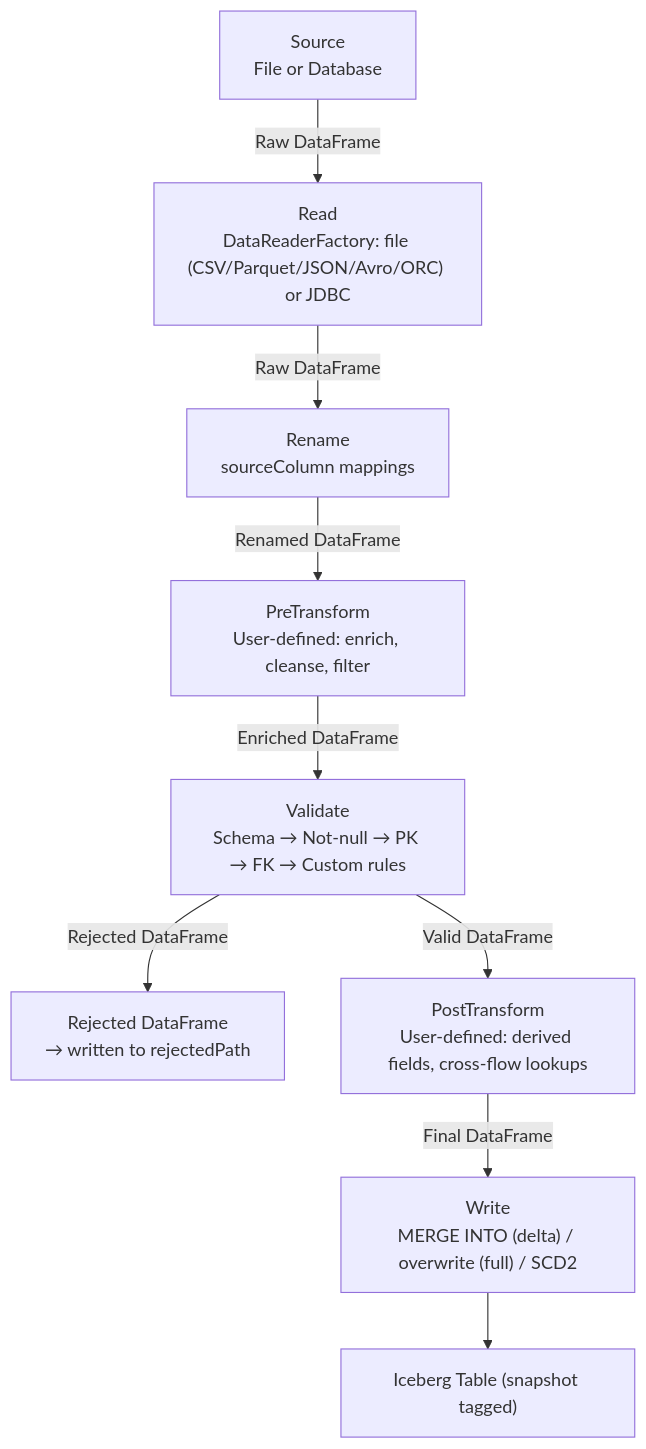
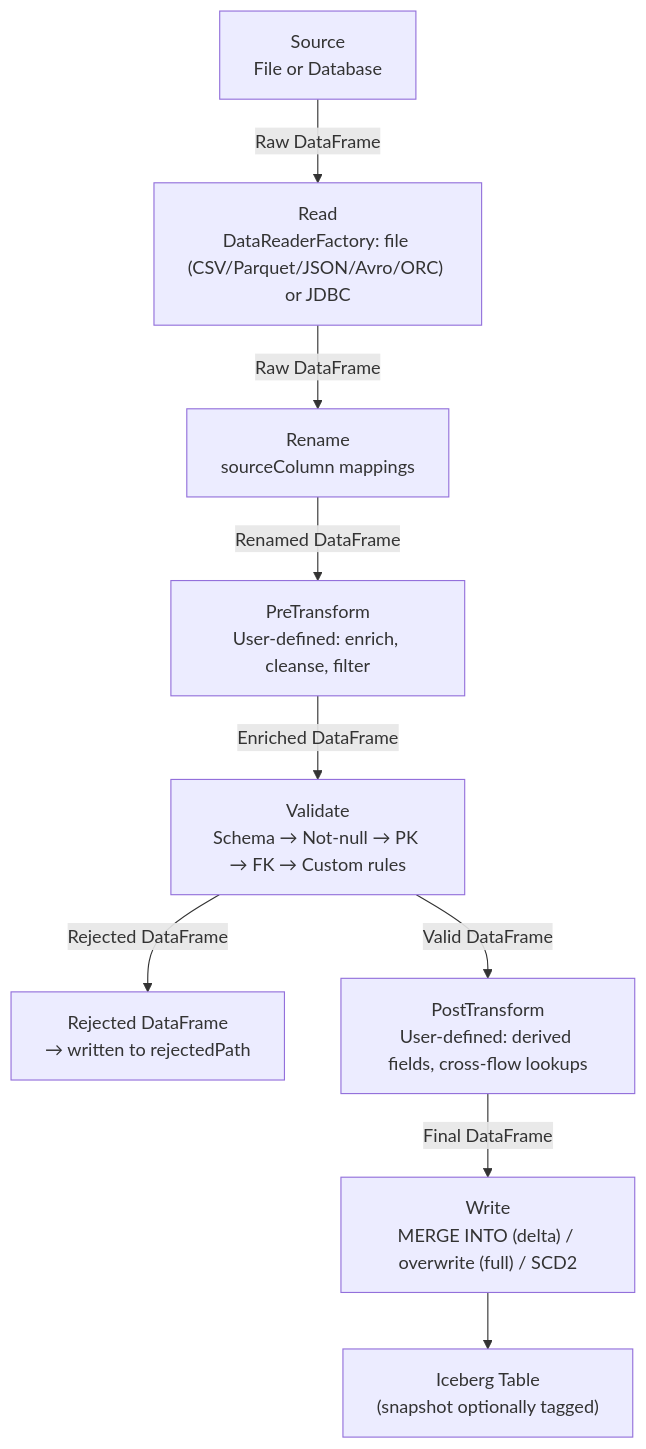
One commit to giacomoaccursi/Floe changed the diagram in site-docs/architecture/data-flow.md. Above: the diagram before and after it, drawn with Mermaid. The commit also changed other lines of this file and 28 other files, not shown here.

````diff
--- a/site-docs/architecture/data-flow.md
+++ b/site-docs/architecture/data-flow.md
@@ -7,21 +7,21 @@
 ```mermaid
 graph TD
     Source["Source<br/>File or Database"]
     Read["Read<br/>DataReaderFactory: file (CSV/Parquet/JSON/Avro/ORC) or JDBC"]
     Rename["Rename<br/>sourceColumn mappings"]
     PreTransform["PreTransform<br/>User-defined: enrich, cleanse, filter"]
     Validate["Validate<br/>Schema → Not-null → PK → FK → Custom rules"]
     Rejected["Rejected DataFrame<br/>→ written to rejectedPath"]
     PostTransform["PostTransform<br/>User-defined: derived fields, cross-flow lookups"]
     Write["Write<br/>MERGE INTO (delta) / overwrite (full) / SCD2"]
-    IcebergTable["Iceberg Table (snapshot tagged)"]
+    IcebergTable["Iceberg Table<br/>(snapshot optionally tagged)"]
 
     Source -->|"Raw DataFrame"| Read
     Read -->|"Raw DataFrame"| Rename
     Rename -->|"Renamed DataFrame"| PreTransform
     PreTransform -->|"Enriched DataFrame"| Validate
     Validate -->|"Valid DataFrame"| PostTransform
     Validate -->|"Rejected DataFrame"| Rejected
     PostTransform -->|"Final DataFrame"| Write
     Write --> IcebergTable
 ```
````
